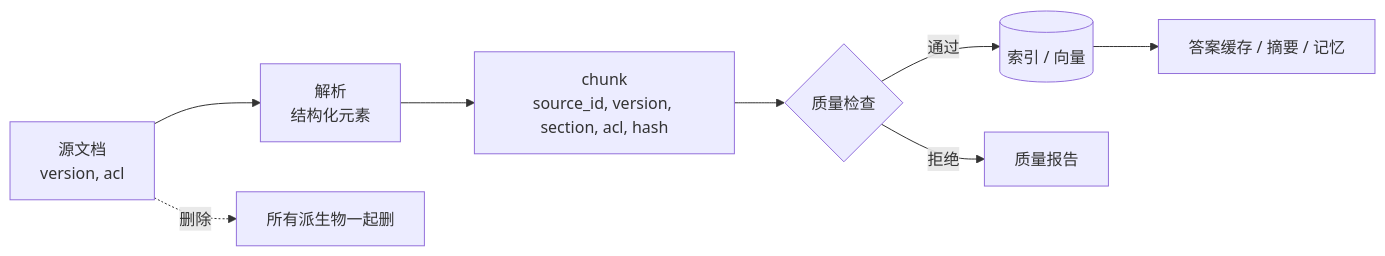
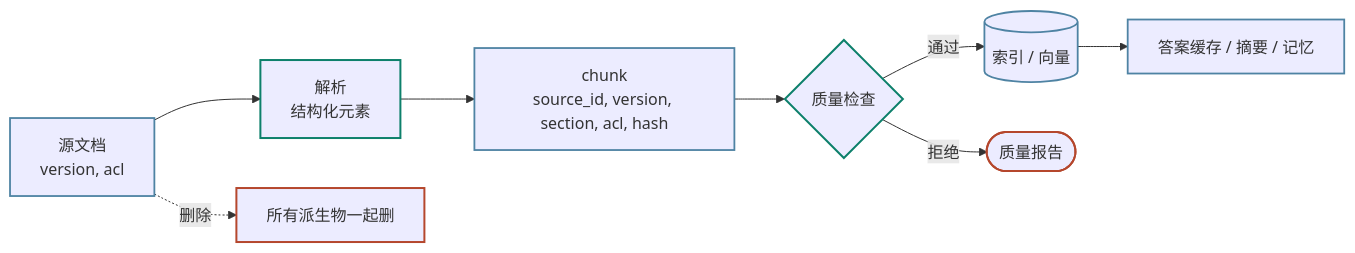
Before and after one commit to lance2016/ai-app-engineering: the diagram in lessons/data-engineering/README.md, drawn with Mermaid. The commit also changed 21 other files, not shown here.

````diff
--- a/lessons/data-engineering/README.md
+++ b/lessons/data-engineering/README.md
@@ -30,10 +30,16 @@
 ```mermaid
 flowchart LR
+    classDef runtime stroke:#0d806b,stroke-width:2px
+    classDef data stroke:#4e83a3,stroke-width:1.8px
+    classDef risk stroke:#b5472d,stroke-width:2px
     S[源文档<br/>version, acl] --> P[解析<br/>结构化元素]
     P --> C[chunk<br/>source_id, version, section, acl, hash]
     C --> Q{质量检查}
     Q -- 通过 --> I[(索引 / 向量)]
-    Q -- 拒绝 --> R[质量报告]
+    Q -- 拒绝 --> R([质量报告])
     I --> A[答案缓存 / 摘要 / 记忆]
     S -. 删除 .-> X[所有派生物一起删]
+    class S,C,I,A data
+    class P,Q runtime
+    class R,X risk
 ```
````
